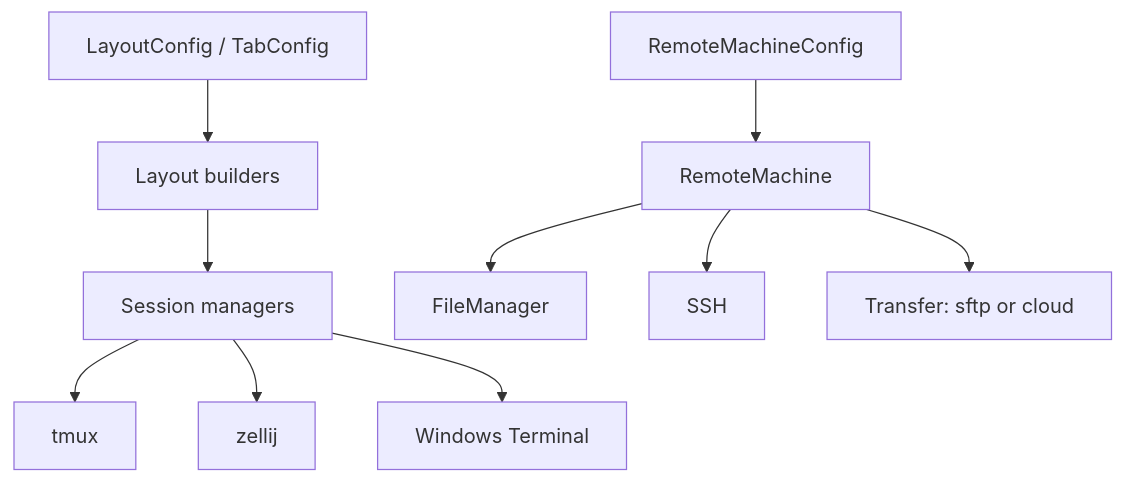
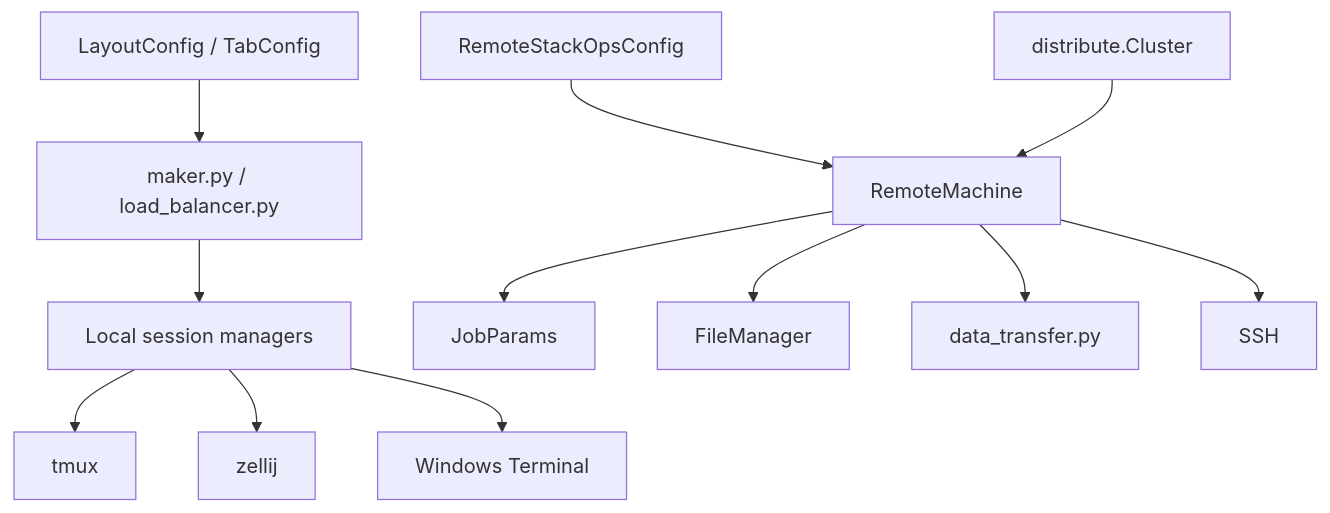
One commit to thisismygitrepo/stackops changed the diagram in docs/api/cluster/index.md. Above: the diagram before and after it, drawn with Mermaid. The commit also changed other lines of this file and 2183 other files, not shown here.

````diff
--- a/docs/api/cluster/index.md
+++ b/docs/api/cluster/index.md
@@ -25,13 +25,16 @@
 ```mermaid
 graph TB
-    A[LayoutConfig / TabConfig] --> B[Layout builders]
-    B --> C[Session managers]
+    A[LayoutConfig / TabConfig] --> B[maker.py / load_balancer.py]
+    B --> C[Local session managers]
     C --> D[tmux]
     C --> E[zellij]
     C --> F[Windows Terminal]
 
-    G[RemoteMachineConfig] --> H[RemoteMachine]
-    H --> I[FileManager]
-    H --> J[SSH]
-    H --> K[Transfer: sftp or cloud]
+    G[RemoteStackOpsConfig] --> H[RemoteMachine]
+    H --> I[JobParams]
+    H --> J[FileManager]
+    H --> K[data_transfer.py]
+    H --> L[SSH]
+
+    M[distribute.Cluster] --> H
 ```
````
